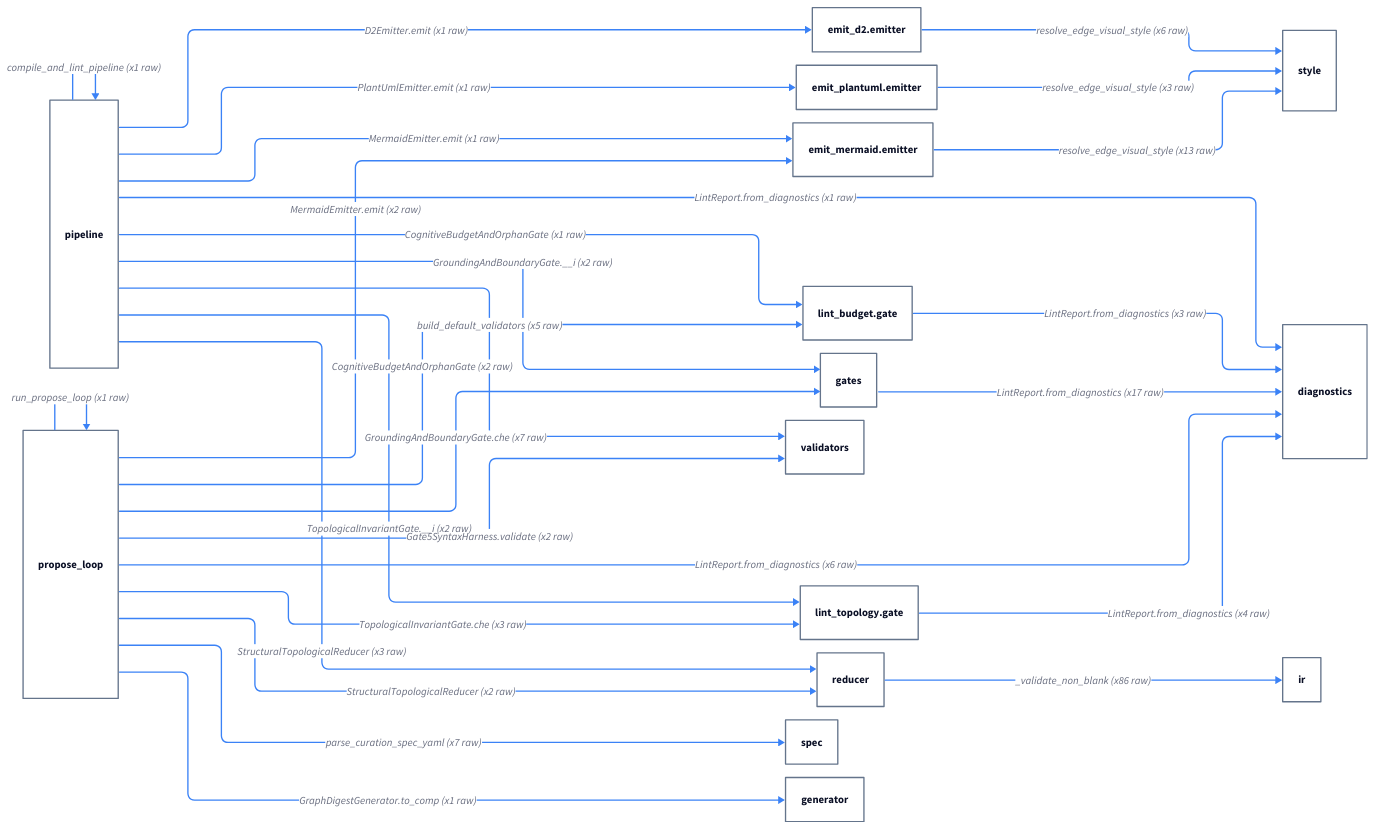
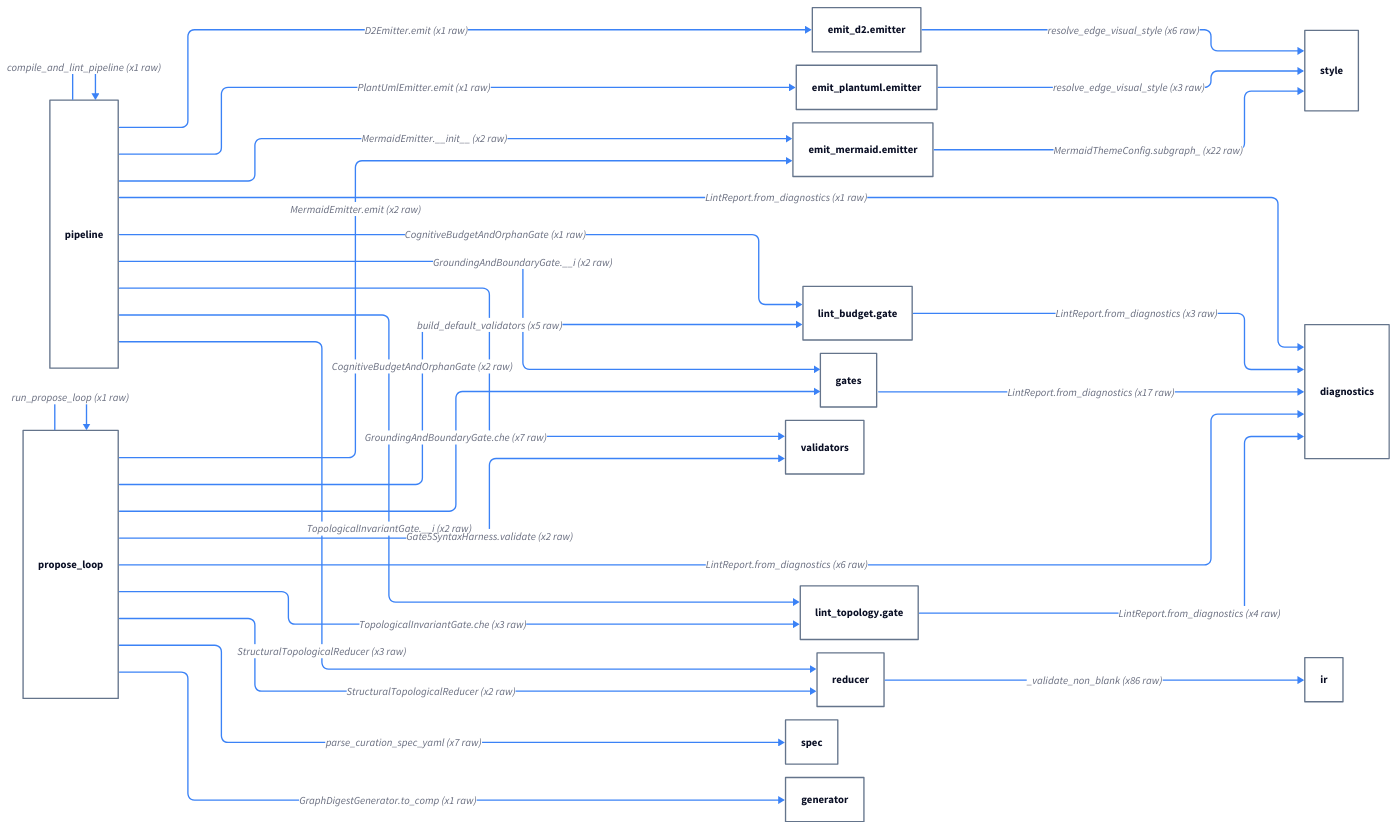
One commit to klcd/archigram changed the diagram in docs/architecture/diagrams/showcase_trace_triage.1_original.d2. Above: the diagram before and after it, drawn with D2. The commit also changed 86 other files, not shown here.

Commit message:
feat(theme): centralize mermaid theming and fix dark-mode diagrams

```diff
--- a/docs/architecture/diagrams/showcase_trace_triage.1_original.d2
+++ b/docs/architecture/diagrams/showcase_trace_triage.1_original.d2
@@ -1,151 +1,151 @@
 vars: {
   d2-config: {
     layout-engine: elk
     theme-id: 0
     dark-theme-id: 200
   }
 }
 style.fill: transparent
 
 direction: right
 "archigram.domain.diagnostics": "diagnostics" {
   style.fill: transparent
   style.stroke: "#64748b"
 }
 "archigram.domain.ir": "ir" {
   style.fill: transparent
   style.stroke: "#64748b"
 }
 "archigram.domain.spec": "spec" {
   style.fill: transparent
   style.stroke: "#64748b"
 }
 "archigram.domain.style": "style" {
   style.fill: transparent
   style.stroke: "#64748b"
 }
 "archigram.entrypoints.cli.pipeline": "pipeline" {
   style.fill: transparent
   style.stroke: "#64748b"
 }
 "archigram.entrypoints.mcp.propose_loop": "propose_loop" {
   style.fill: transparent
   style.stroke: "#64748b"
 }
 "archigram.features.digest.generator": "generator" {
   style.fill: transparent
   style.stroke: "#64748b"
 }
 "archigram.features.emit_d2.emitter": "emit_d2.emitter" {
   style.fill: transparent
   style.stroke: "#64748b"
 }
 "archigram.features.emit_mermaid.emitter": "emit_mermaid.emitter" {
   style.fill: transparent
   style.stroke: "#64748b"
 }
 "archigram.features.emit_plantuml.emitter": "emit_plantuml.emitter" {
   style.fill: transparent
   style.stroke: "#64748b"
 }
 "archigram.features.lint_budget.gate": "lint_budget.gate" {
   style.fill: transparent
   style.stroke: "#64748b"
 }
 "archigram.features.lint_grounding.gates": "gates" {
   style.fill: transparent
   style.stroke: "#64748b"
 }
 "archigram.features.lint_syntax.validators": "validators" {
   style.fill: transparent
   style.stroke: "#64748b"
 }
 "archigram.features.lint_topology.gate": "lint_topology.gate" {
   style.fill: transparent
   style.stroke: "#64748b"
 }
 "archigram.features.reduce_structural.reducer": "reducer" {
   style.fill: transparent
   style.stroke: "#64748b"
 }
 "archigram.entrypoints.cli.pipeline" -> "archigram.domain.diagnostics": "LintReport.from_diagnostics (x1 raw)" {
   style.stroke: "#3b82f6"
 }
 "archigram.entrypoints.cli.pipeline" -> "archigram.entrypoints.cli.pipeline": "compile_and_lint_pipeline (x1 raw)" {
   style.stroke: "#3b82f6"
 }
 "archigram.entrypoints.cli.pipeline" -> "archigram.features.emit_d2.emitter": "D2Emitter.emit (x1 raw)" {
   style.stroke: "#3b82f6"
 }
-"archigram.entrypoints.cli.pipeline" -> "archigram.features.emit_mermaid.emitter": "MermaidEmitter.emit (x1 raw)" {
+"archigram.entrypoints.cli.pipeline" -> "archigram.features.emit_mermaid.emitter": "MermaidEmitter.__init__ (x2 raw)" {
   style.stroke: "#3b82f6"
 }
 "archigram.entrypoints.cli.pipeline" -> "archigram.features.emit_plantuml.emitter": "PlantUmlEmitter.emit (x1 raw)" {
   style.stroke: "#3b82f6"
 }
 "archigram.entrypoints.cli.pipeline" -> "archigram.features.lint_budget.gate": "CognitiveBudgetAndOrphanGate (x1 raw)" {
   style.stroke: "#3b82f6"
 }
 "archigram.entrypoints.cli.pipeline" -> "archigram.features.lint_grounding.gates": "GroundingAndBoundaryGate.__i (x2 raw)" {
   style.stroke: "#3b82f6"
 }
 "archigram.entrypoints.cli.pipeline" -> "archigram.features.lint_syntax.validators": "build_default_validators (x5 raw)" {
   style.stroke: "#3b82f6"
 }
 "archigram.entrypoints.cli.pipeline" -> "archigram.features.lint_topology.gate": "TopologicalInvariantGate.__i (x2 raw)" {
   style.stroke: "#3b82f6"
 }
 "archigram.entrypoints.cli.pipeline" -> "archigram.features.reduce_structural.reducer": "StructuralTopologicalReducer (x3 raw)" {
   style.stroke: "#3b82f6"
 }
 "archigram.entrypoints.mcp.propose_loop" -> "archigram.domain.diagnostics": "LintReport.from_diagnostics (x6 raw)" {
   style.stroke: "#3b82f6"
 }
 "archigram.entrypoints.mcp.propose_loop" -> "archigram.domain.spec": "parse_curation_spec_yaml (x7 raw)" {
   style.stroke: "#3b82f6"
 }
 "archigram.entrypoints.mcp.propose_loop" -> "archigram.entrypoints.mcp.propose_loop": "run_propose_loop (x1 raw)" {
   style.stroke: "#3b82f6"
 }
 "archigram.entrypoints.mcp.propose_loop" -> "archigram.features.digest.generator": "GraphDigestGenerator.to_comp (x1 raw)" {
   style.stroke: "#3b82f6"
 }
 "archigram.entrypoints.mcp.propose_loop" -> "archigram.features.emit_mermaid.emitter": "MermaidEmitter.emit (x2 raw)" {
   style.stroke: "#3b82f6"
 }
 "archigram.entrypoints.mcp.propose_loop" -> "archigram.features.lint_budget.gate": "CognitiveBudgetAndOrphanGate (x2 raw)" {
   style.stroke: "#3b82f6"
 }
 "archigram.entrypoints.mcp.propose_loop" -> "archigram.features.lint_grounding.gates": "GroundingAndBoundaryGate.che (x7 raw)" {
   style.stroke: "#3b82f6"
 }
 "archigram.entrypoints.mcp.propose_loop" -> "archigram.features.lint_syntax.validators": "Gate5SyntaxHarness.validate (x2 raw)" {
   style.stroke: "#3b82f6"
 }
 "archigram.entrypoints.mcp.propose_loop" -> "archigram.features.lint_topology.gate": "TopologicalInvariantGate.che (x3 raw)" {
   style.stroke: "#3b82f6"
 }
 "archigram.entrypoints.mcp.propose_loop" -> "archigram.features.reduce_structural.reducer": "StructuralTopologicalReducer (x2 raw)" {
   style.stroke: "#3b82f6"
 }
 "archigram.features.emit_d2.emitter" -> "archigram.domain.style": "resolve_edge_visual_style (x6 raw)" {
   style.stroke: "#3b82f6"
 }
-"archigram.features.emit_mermaid.emitter" -> "archigram.domain.style": "resolve_edge_visual_style (x13 raw)" {
+"archigram.features.emit_mermaid.emitter" -> "archigram.domain.style": "MermaidThemeConfig.subgraph_ (x22 raw)" {
   style.stroke: "#3b82f6"
 }
 "archigram.features.emit_plantuml.emitter" -> "archigram.domain.style": "resolve_edge_visual_style (x3 raw)" {
   style.stroke: "#3b82f6"
 }
 "archigram.features.lint_budget.gate" -> "archigram.domain.diagnostics": "LintReport.from_diagnostics (x3 raw)" {
   style.stroke: "#3b82f6"
 }
 "archigram.features.lint_grounding.gates" -> "archigram.domain.diagnostics": "LintReport.from_diagnostics (x17 raw)" {
   style.stroke: "#3b82f6"
 }
 "archigram.features.lint_topology.gate" -> "archigram.domain.diagnostics": "LintReport.from_diagnostics (x4 raw)" {
   style.stroke: "#3b82f6"
 }
 "archigram.features.reduce_structural.reducer" -> "archigram.domain.ir": "_validate_non_blank (x86 raw)" {
   style.stroke: "#3b82f6"
 }
```
